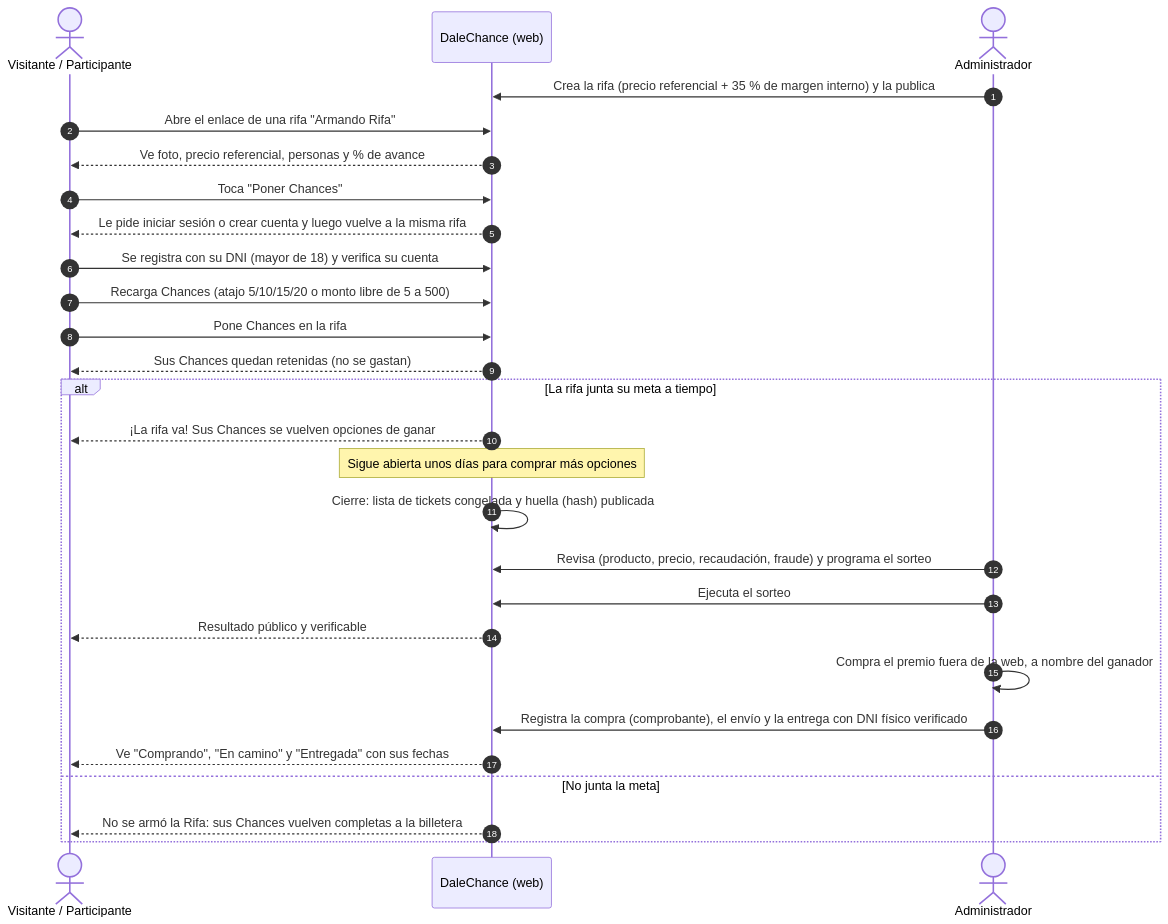
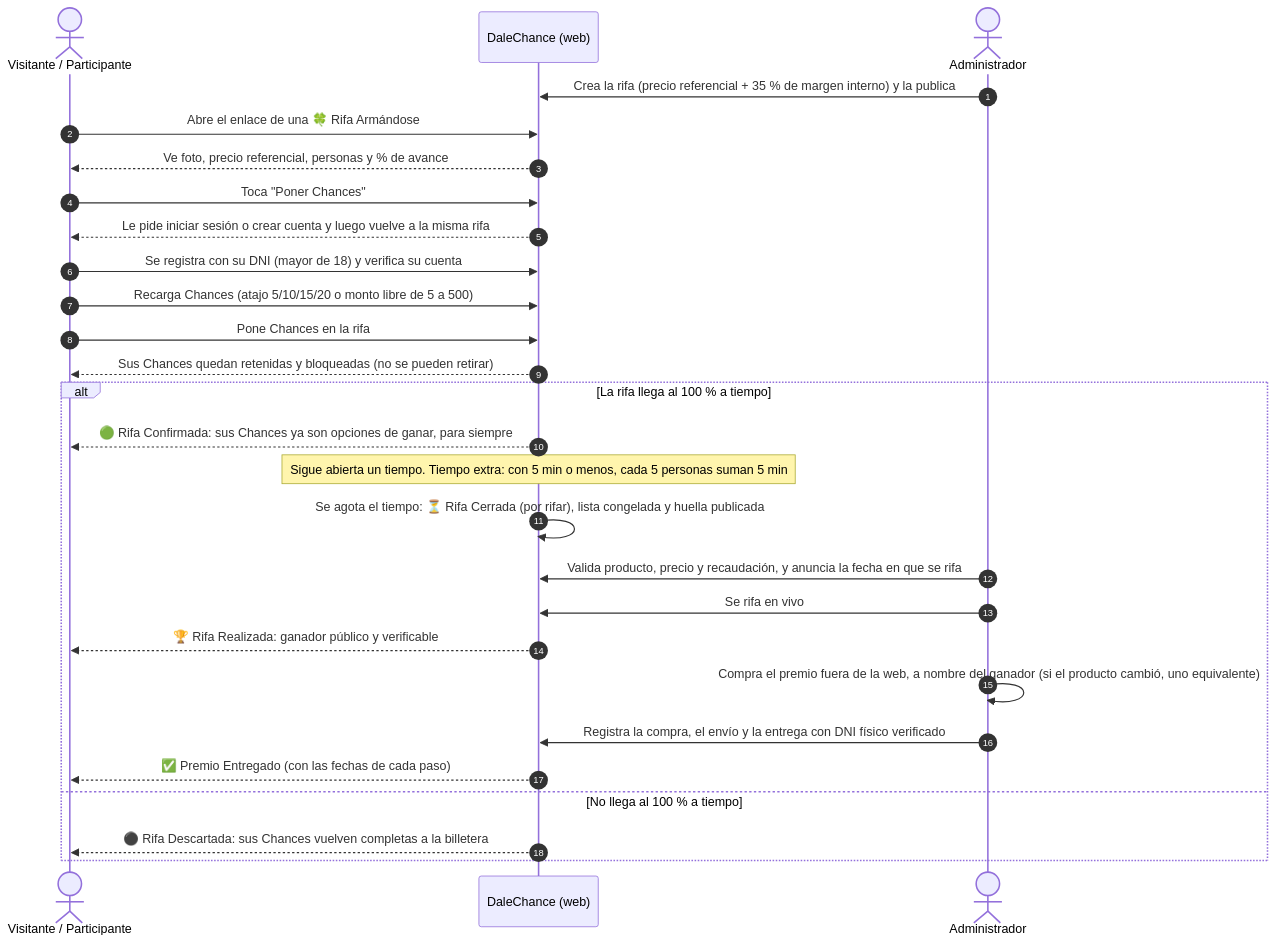
One commit to djimenef/Rifas-project changed the diagram in docs/diagramas/recorrido-usuario.md. Above: the diagram before and after it, drawn with Mermaid. The commit also changed other lines of this file and 8 other files, not shown here.

First line of the commit message:
docs: ciclo de vida de la rifa, flujo de Chances y nuevos estados

````diff
--- a/docs/diagramas/recorrido-usuario.md
+++ b/docs/diagramas/recorrido-usuario.md
@@ -5,30 +5,30 @@
 ```mermaid
 sequenceDiagram
     autonumber
     actor V as Visitante / Participante
     participant W as DaleChance (web)
     actor A as Administrador
 
     A->>W: Crea la rifa (precio referencial + 35 % de margen interno) y la publica
-    V->>W: Abre el enlace de una rifa "Armando Rifa"
+    V->>W: Abre el enlace de una 🍀 Rifa Armándose
     W-->>V: Ve foto, precio referencial, personas y % de avance
     V->>W: Toca "Poner Chances"
     W-->>V: Le pide iniciar sesión o crear cuenta y luego vuelve a la misma rifa
     V->>W: Se registra con su DNI (mayor de 18) y verifica su cuenta
     V->>W: Recarga Chances (atajo 5/10/15/20 o monto libre de 5 a 500)
     V->>W: Pone Chances en la rifa
-    W-->>V: Sus Chances quedan retenidas (no se gastan)
-    alt La rifa junta su meta a tiempo
-        W-->>V: ¡La rifa va! Sus Chances se vuelven opciones de ganar
-        Note over W: Sigue abierta unos días para comprar más opciones
-        W->>W: Cierre: lista de tickets congelada y huella (hash) publicada
-        A->>W: Revisa (producto, precio, recaudación, fraude) y programa el sorteo
-        A->>W: Ejecuta el sorteo
-        W-->>V: Resultado público y verificable
-        A->>A: Compra el premio fuera de la web, a nombre del ganador
-        A->>W: Registra la compra (comprobante), el envío y la entrega con DNI físico verificado
-        W-->>V: Ve "Comprando", "En camino" y "Entregada" con sus fechas
-    else No junta la meta
-        W-->>V: No se armó la Rifa: sus Chances vuelven completas a la billetera
+    W-->>V: Sus Chances quedan retenidas y bloqueadas (no se pueden retirar)
+    alt La rifa llega al 100 % a tiempo
+        W-->>V: 🟢 Rifa Confirmada: sus Chances ya son opciones de ganar, para siempre
+        Note over W: Sigue abierta un tiempo. Tiempo extra: con 5 min o menos, cada 5 personas suman 5 min
+        W->>W: Se agota el tiempo: ⏳ Rifa Cerrada (por rifar), lista congelada y huella publicada
+        A->>W: Valida producto, precio y recaudación, y anuncia la fecha en que se rifa
+        A->>W: Se rifa en vivo
+        W-->>V: 🏆 Rifa Realizada: ganador público y verificable
+        A->>A: Compra el premio fuera de la web, a nombre del ganador (si el producto cambió, uno equivalente)
+        A->>W: Registra la compra, el envío y la entrega con DNI físico verificado
+        W-->>V: ✅ Premio Entregado (con las fechas de cada paso)
+    else No llega al 100 % a tiempo
+        W-->>V: ⚫ Rifa Descartada: sus Chances vuelven completas a la billetera
     end
 ```
````
